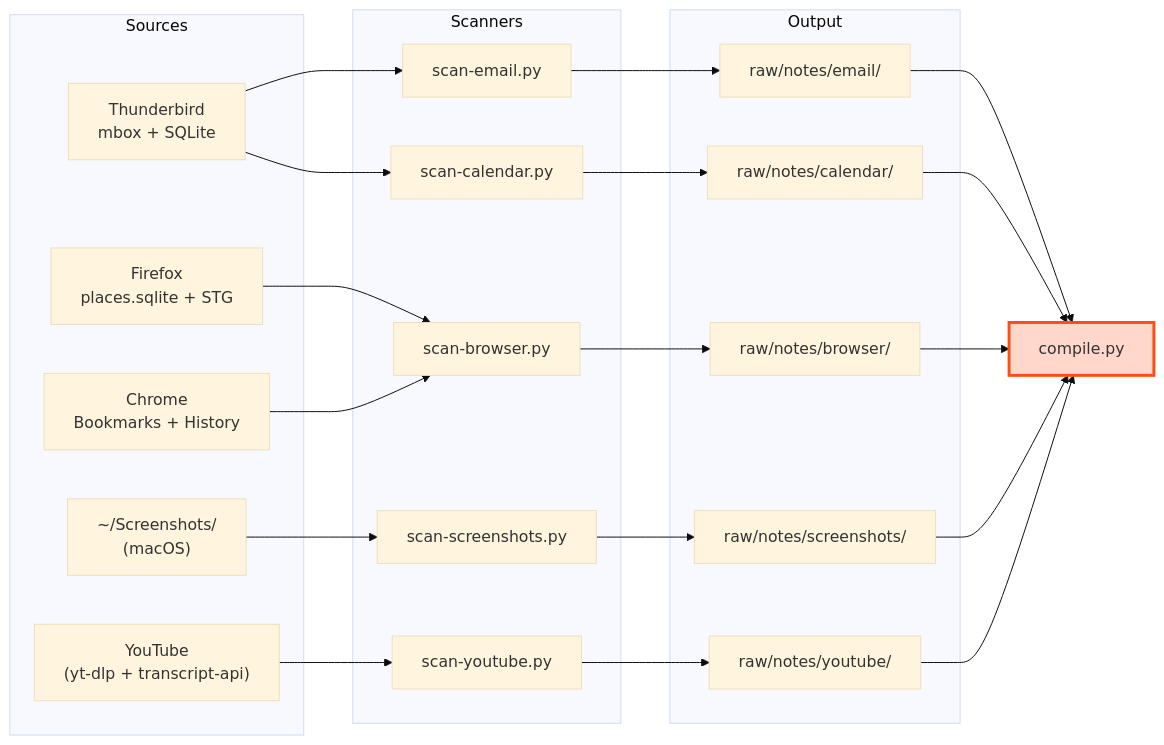
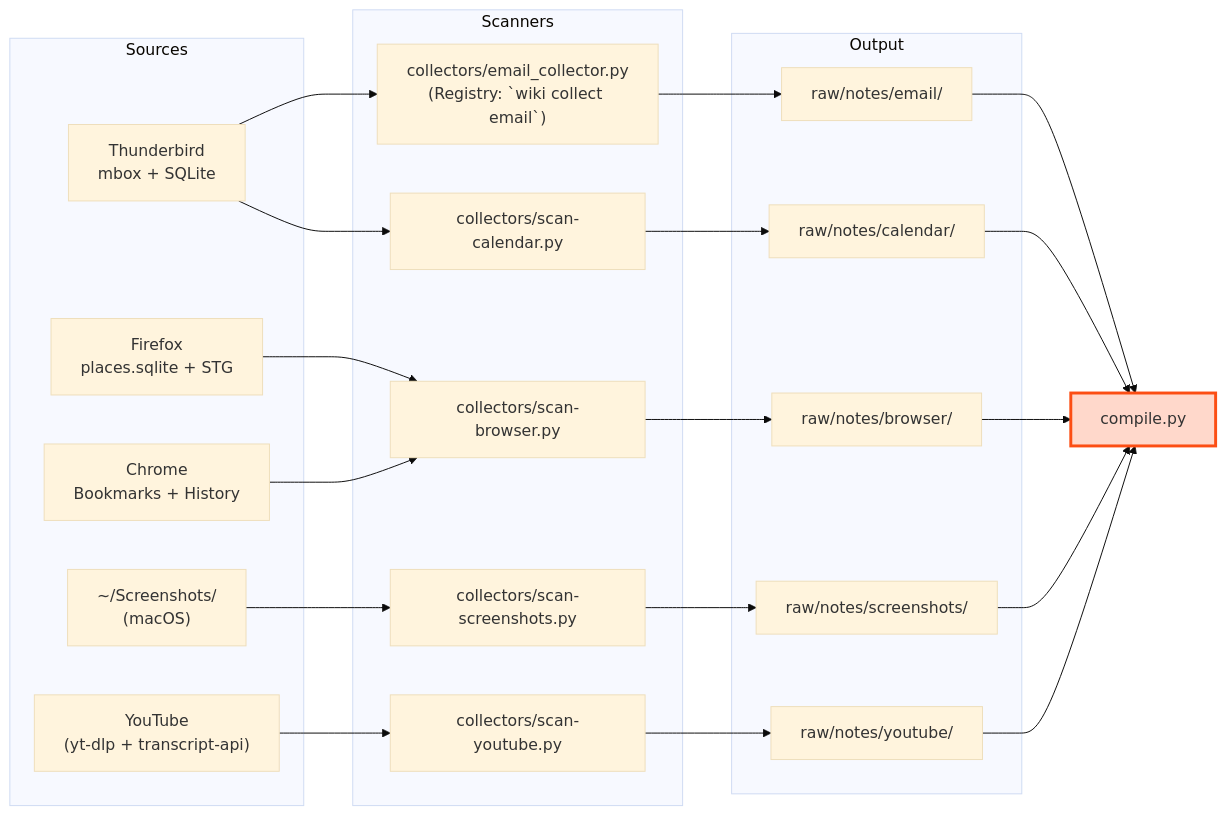
The fourth of 11 diagrams in docs/PROCESS.md (lx-0/llm-wiki), drawn with Mermaid (base theme) before and after one commit. The commit also changed other lines of this file and 1 other file, not shown here.

````diff
--- a/docs/PROCESS.md
+++ b/docs/PROCESS.md
@@ -311,41 +311,41 @@
 ```mermaid
 flowchart LR
     subgraph Sources
         TB["Thunderbird\nmbox + SQLite"]
         FF["Firefox\nplaces.sqlite + STG"]
         CH["Chrome\nBookmarks + History"]
         SS["~/Screenshots/\n(macOS)"]
         YT["YouTube\n(yt-dlp + transcript-api)"]
     end
 
     subgraph Scanners
-        SE["scan-email.py"]
-        SC["scan-calendar.py"]
-        SB["scan-browser.py"]
-        SCR["scan-screenshots.py"]
-        SY["scan-youtube.py"]
+        SE["collectors/email_collector.py\n(Registry: `wiki collect email`)"]
+        SC["collectors/scan-calendar.py"]
+        SB["collectors/scan-browser.py"]
+        SCR["collectors/scan-screenshots.py"]
+        SY["collectors/scan-youtube.py"]
     end
 
     subgraph Output
         RE["raw/notes/email/"]
         RC["raw/notes/calendar/"]
         RB["raw/notes/browser/"]
         RS["raw/notes/screenshots/"]
         RY["raw/notes/youtube/"]
     end
 
     TB --> SE --> RE
     TB --> SC --> RC
     FF --> SB --> RB
     CH --> SB
     SS --> SCR --> RS
     YT --> SY --> RY
 
     RE --> COMPILE["compile.py"]
     RC --> COMPILE
     RB --> COMPILE
     RS --> COMPILE
     RY --> COMPILE
 
     style COMPILE fill:#FFD8CB,stroke:#FC4E14,stroke-width:3px
 ```
````
